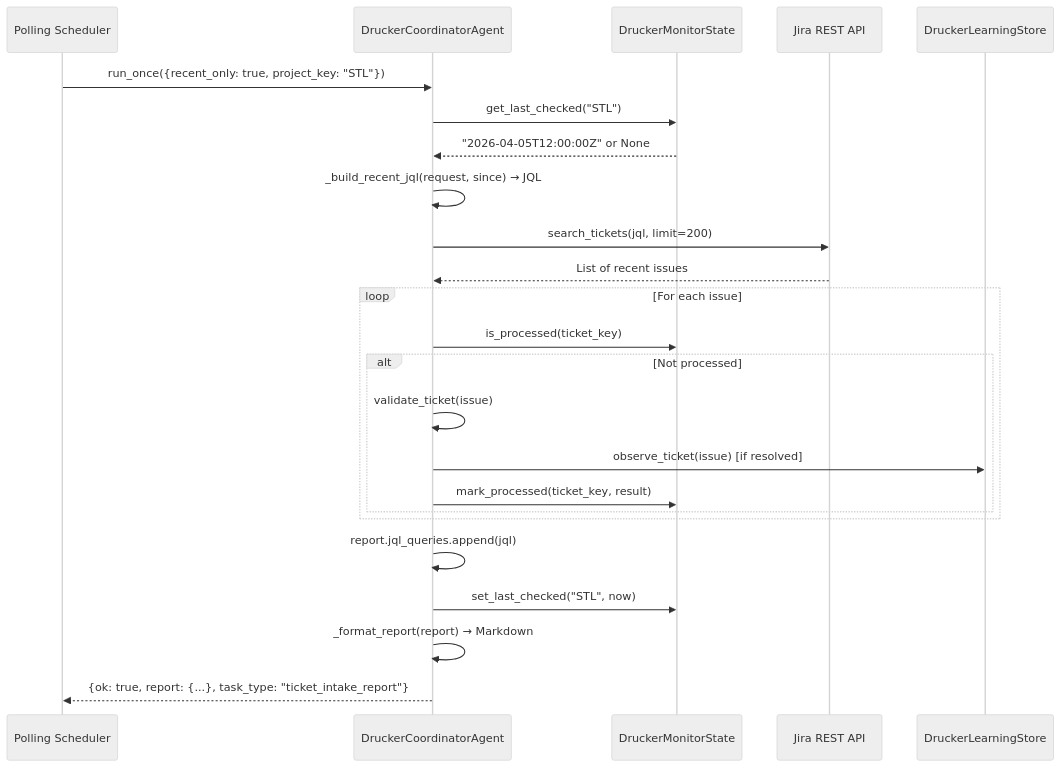
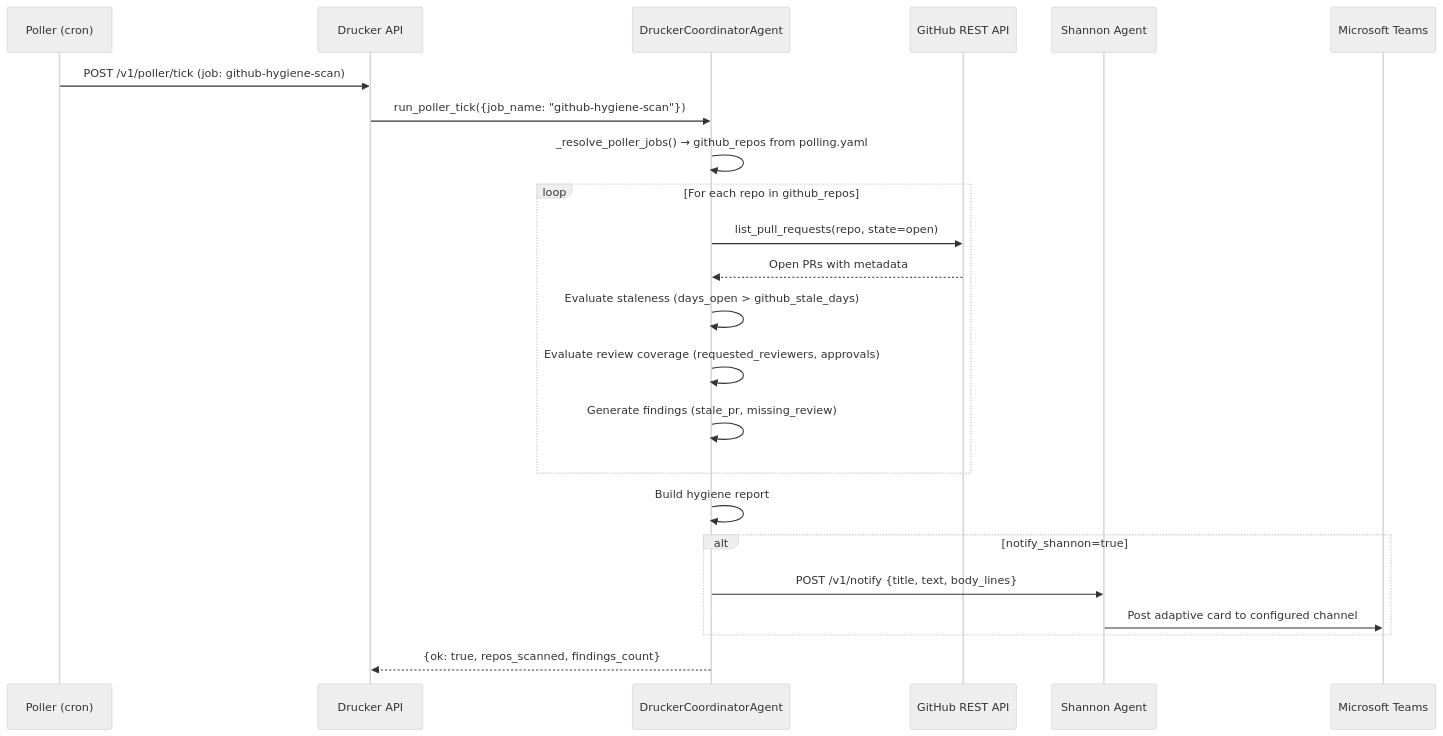
Before and after one commit to jmac-cornelis/agent-workforce: the third of 4 diagrams in docs/agents-drucker.md, drawn with Mermaid (neutral theme). The commit also changed other lines of this file and 4 other files, not shown here.

````diff
--- a/docs/agents-drucker.md
+++ b/docs/agents-drucker.md
@@ -144,27 +142,26 @@
 ```mermaid
 sequenceDiagram
-    participant Poller as Polling Scheduler
+    participant Scheduler as Poller (cron)
+    participant API as Drucker API
     participant Agent as DruckerCoordinatorAgent
-    participant State as DruckerMonitorState
-    participant Jira as Jira REST API
-    participant Learning as DruckerLearningStore
+    participant GitHub as GitHub REST API
+    participant Shannon as Shannon Agent
+    participant Teams as Microsoft Teams
 
-    Poller->>Agent: run_once({recent_only: true, project_key: "STL"})
-    Agent->>State: get_last_checked("STL")
-    State-->>Agent: "2026-04-05T12:00:00Z" or None
-    Agent->>Agent: _build_recent_jql(request, since) → JQL
-    Agent->>Jira: search_tickets(jql, limit=200)
-    Jira-->>Agent: List of recent issues
-    loop For each issue
-        Agent->>State: is_processed(ticket_key)
-        alt Not processed
-            Agent->>Agent: validate_ticket(issue)
-            Agent->>Learning: observe_ticket(issue) [if resolved]
-            Agent->>State: mark_processed(ticket_key, result)
-        end
+    Scheduler->>API: POST /v1/poller/tick (job: github-hygiene-scan)
+    API->>Agent: run_poller_tick({job_name: "github-hygiene-scan"})
+    Agent->>Agent: _resolve_poller_jobs() → github_repos from polling.yaml
+    loop For each repo in github_repos
+        Agent->>GitHub: list_pull_requests(repo, state=open)
+        GitHub-->>Agent: Open PRs with metadata
+        Agent->>Agent: Evaluate staleness (days_open > github_stale_days)
+        Agent->>Agent: Evaluate review coverage (requested_reviewers, approvals)
+        Agent->>Agent: Generate findings (stale_pr, missing_review)
     end
-    Agent->>Agent: report.jql_queries.append(jql)
-    Agent->>State: set_last_checked("STL", now)
-    Agent->>Agent: _format_report(report) → Markdown
-    Agent-->>Poller: {ok: true, report: {...}, task_type: "ticket_intake_report"}
+    Agent->>Agent: Build hygiene report
+    alt notify_shannon=true
+        Agent->>Shannon: POST /v1/notify {title, text, body_lines}
+        Shannon->>Teams: Post adaptive card to configured channel
+    end
+    Agent-->>API: {ok: true, repos_scanned, findings_count}
 ```
````
